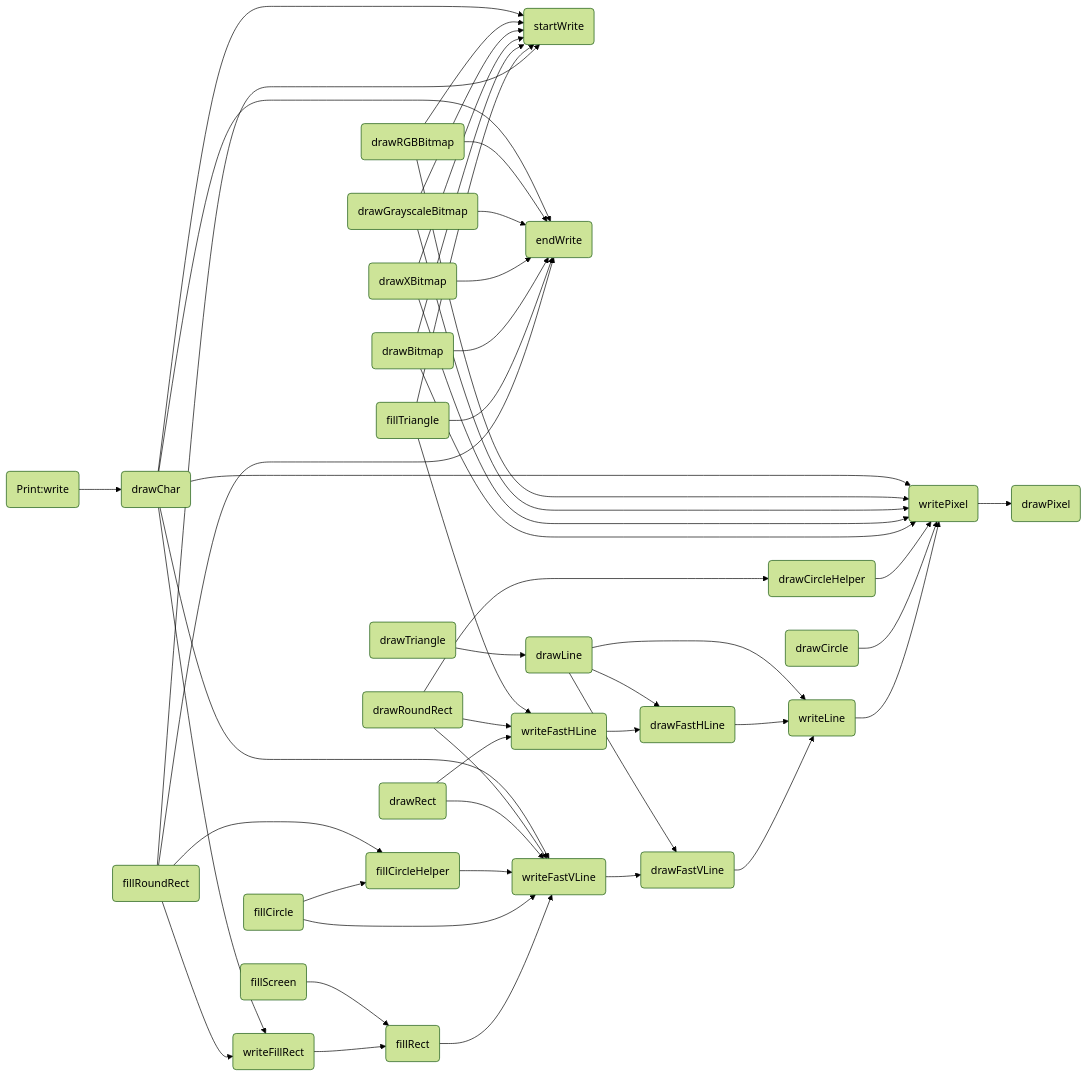
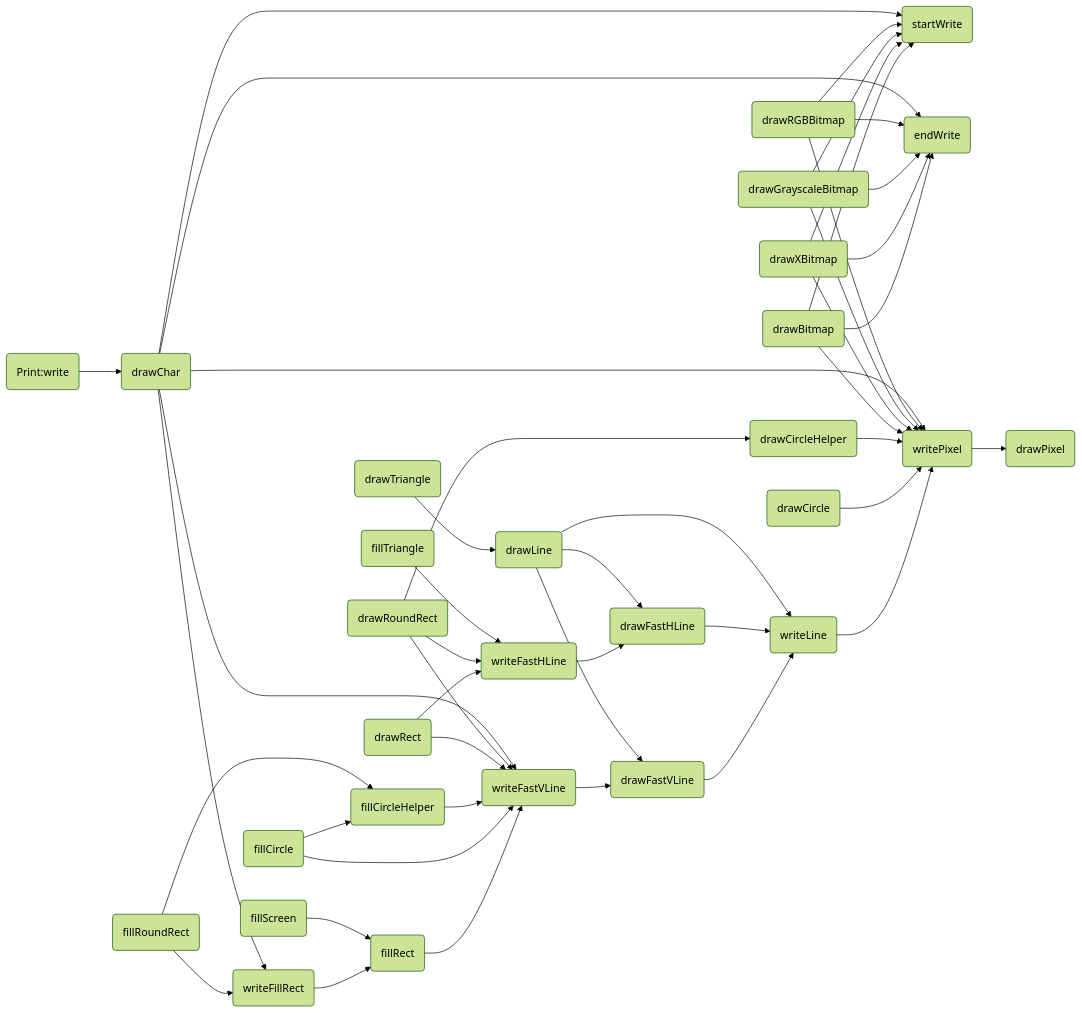
Before and after one commit to icodezhanglei/iodraw-files: the diagram in all/未命名.md, drawn with Mermaid (forest theme).

Commit message:
2024-09-13 18:46:47 update

````diff
--- a/all/未命名.md
+++ b/all/未命名.md
@@ -1,61 +1,61 @@
 ```mermaid
 flowchart LR
 
 drawPixel(drawPixel)
 startWrite(startWrite)
 endWrite(endWrite)
 writePixel(writePixel)
 writeFillRect(writeFillRect)
 writeFastVLine(writeFastVLine)
 writeFastHLine(writeFastHLine)
 writeLine(writeLine)
 drawFastVLine(drawFastVLine)
 drawFastHLine(drawFastHLine)
 fillRect(fillRect)
 fillScreen(fillScreen)
 drawLine(drawLine)
 drawRect(drawRect)
 drawCircle(drawCircle)
 drawCircleHelper(drawCircleHelper)
 fillCircle(fillCircle)
 fillCircleHelper(fillCircleHelper)
 drawTriangle(drawTriangle)
 fillTriangle(fillTriangle)
 drawRoundRect(drawRoundRect)
 fillRoundRect(fillRoundRect)
 drawBitmap(drawBitmap)
 drawXBitmap(drawXBitmap)
 drawGrayscaleBitmap(drawGrayscaleBitmap)
 drawRGBBitmap(drawRGBBitmap)
 drawChar(drawChar)
 write(Print:write)
 
 
 writeLine --> writePixel --> drawPixel
 
 writeFastVLine --> drawFastVLine
 drawFastVLine --> writeLine
 
 writeFastHLine --> drawFastHLine
 drawFastHLine --> writeLine
 
 writeFillRect --> fillRect --> writeFastVLine
 
 fillScreen --> fillRect
 drawLine --> drawFastVLine & drawFastHLine &  writeLine
 drawCircle -->  writePixel
 drawCircleHelper --> writePixel
 fillCircle --> writeFastVLine & fillCircleHelper
 fillCircleHelper --> writeFastVLine
 drawRect --> writeFastHLine & writeFastVLine
 drawRoundRect --> writeFastHLine & writeFastVLine & drawCircleHelper
-fillRoundRect --> startWrite & endWrite & writeFillRect & fillCircleHelper
+fillRoundRect -->  writeFillRect & fillCircleHelper
 drawTriangle --> drawLine
-fillTriangle --> startWrite & endWrite & writeFastHLine
+fillTriangle --> writeFastHLine
 drawBitmap --> startWrite & endWrite & writePixel
 drawXBitmap --> startWrite & endWrite & writePixel
 drawGrayscaleBitmap --> startWrite & endWrite & writePixel
 drawRGBBitmap --> startWrite & endWrite & writePixel
 drawChar --> startWrite & endWrite & writePixel & writeFillRect & writeFastVLine
 write --> drawChar
 ```
````
